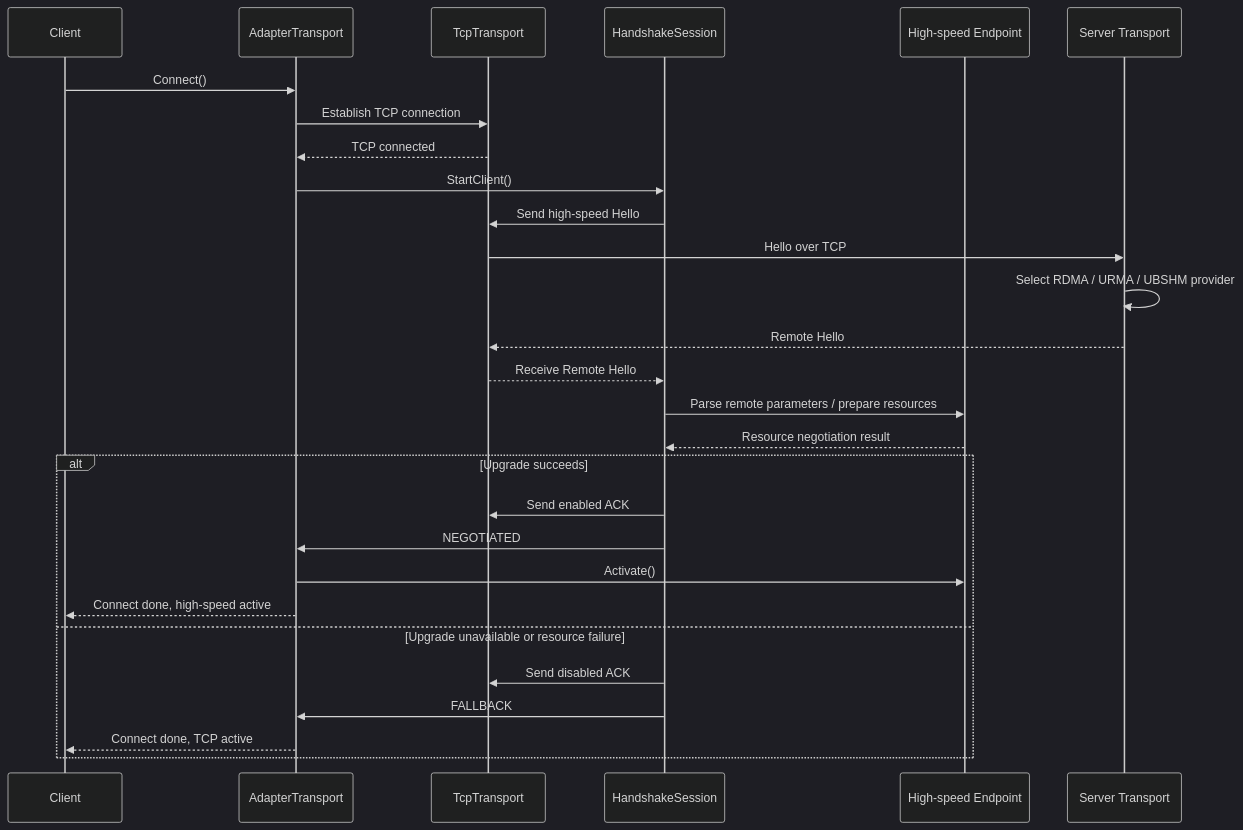
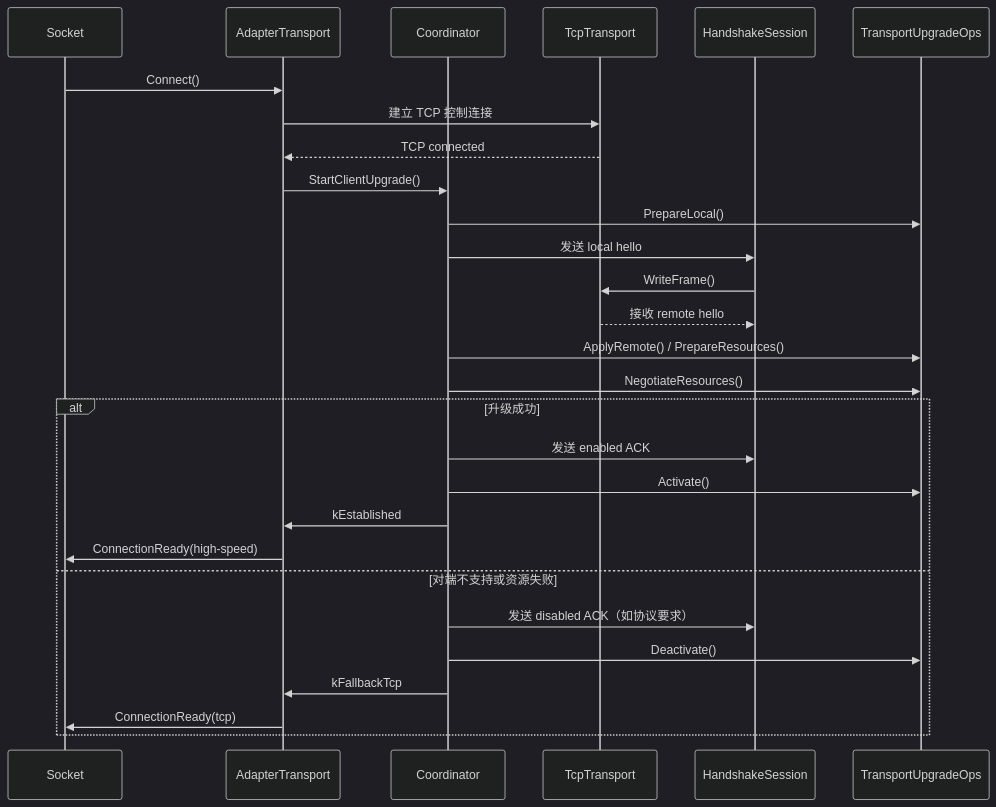
Before and after one commit to LinQuickDev/brpc: the first of 2 diagrams in docs/cn/handshake_common_design.md, drawn with Mermaid (dark theme). The commit also changed other lines of this file and 30 other files, not shown here.

````diff
--- a/docs/cn/handshake_common_design.md
+++ b/docs/cn/handshake_common_design.md
@@ -182,31 +279,31 @@
 ```mermaid
 sequenceDiagram
-    participant C as Client
-    participant T as AdapterTransport
-    participant TCP as TcpTransport
+    participant S as Socket
+    participant A as AdapterTransport
+    participant C as Coordinator
+    participant T as TcpTransport
     participant H as HandshakeSession
-    participant E as High-speed Endpoint
-    participant S as Server Transport
+    participant U as TransportUpgradeOps
 
-    C->>T: Connect()
-    T->>TCP: Establish TCP connection
-    TCP-->>T: TCP connected
-    T->>H: StartClient()
-    H->>TCP: Send high-speed Hello
-    TCP->>S: Hello over TCP
-    S->>S: Select RDMA / URMA / UBSHM provider
-    S-->>TCP: Remote Hello
-    TCP-->>H: Receive Remote Hello
-    H->>E: Parse remote parameters / prepare resources
-    E-->>H: Resource negotiation result
-    alt Upgrade succeeds
-        H->>TCP: Send enabled ACK
-        H->>T: NEGOTIATED
-        T->>E: Activate()
-        T-->>C: Connect done, high-speed active
-    else Upgrade unavailable or resource failure
-        H->>TCP: Send disabled ACK
-        H->>T: FALLBACK
-        T-->>C: Connect done, TCP active
+    S->>A: Connect()
+    A->>T: 建立 TCP 控制连接
+    T-->>A: TCP connected
+    A->>C: StartClientUpgrade()
+    C->>U: PrepareLocal()
+    C->>H: 发送 local hello
+    H->>T: WriteFrame()
+    T-->>H: 接收 remote hello
+    C->>U: ApplyRemote() / PrepareResources()
+    C->>U: NegotiateResources()
+    alt 升级成功
+        C->>H: 发送 enabled ACK
+        C->>U: Activate()
+        C->>A: kEstablished
+        A->>S: ConnectionReady(high-speed)
+    else 对端不支持或资源失败
+        C->>H: 发送 disabled ACK（如协议要求）
+        C->>U: Deactivate()
+        C->>A: kFallbackTcp
+        A->>S: ConnectionReady(tcp)
     end
 ```
````
